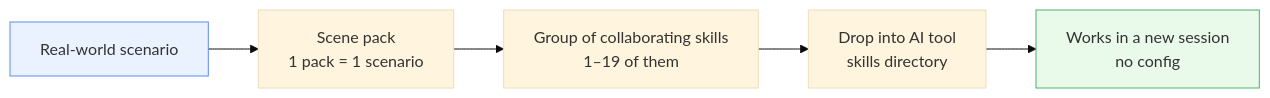
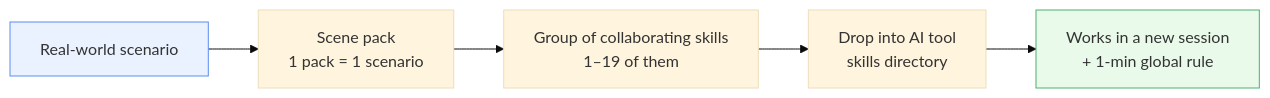
The diagram in README.md (Morningstar202604/awesome-skillkit), drawn with Mermaid (base theme) before and after one commit. The commit also changed other lines of this file and 2 other files, not shown here.

Commit message:
docs(i18n): 查漏补缺终检——README.ja 三处'无需配置'过度承诺修正（中英版已改、日文版此前遗漏）、两处 mermaid/粒度行同步、CONTRIBUTING 测试命令补 tests 冒烟套件

````diff
--- a/README.md
+++ b/README.md
@@ -57,9 +57,9 @@
 ```mermaid
 flowchart LR
     A[Real-world scenario] --> B[Scene pack<br/>1 pack = 1 scenario]
     B --> C[Group of collaborating skills<br/>1–19 of them]
     C --> D[Drop into AI tool<br/>skills directory]
-    D --> E[Works in a new session<br/>no config]
+    D --> E[Works in a new session<br/>+ 1-min global rule]
     style A fill:#eaf2ff,stroke:#5b8def
     style E fill:#eafaea,stroke:#4caf72
 ```
````
